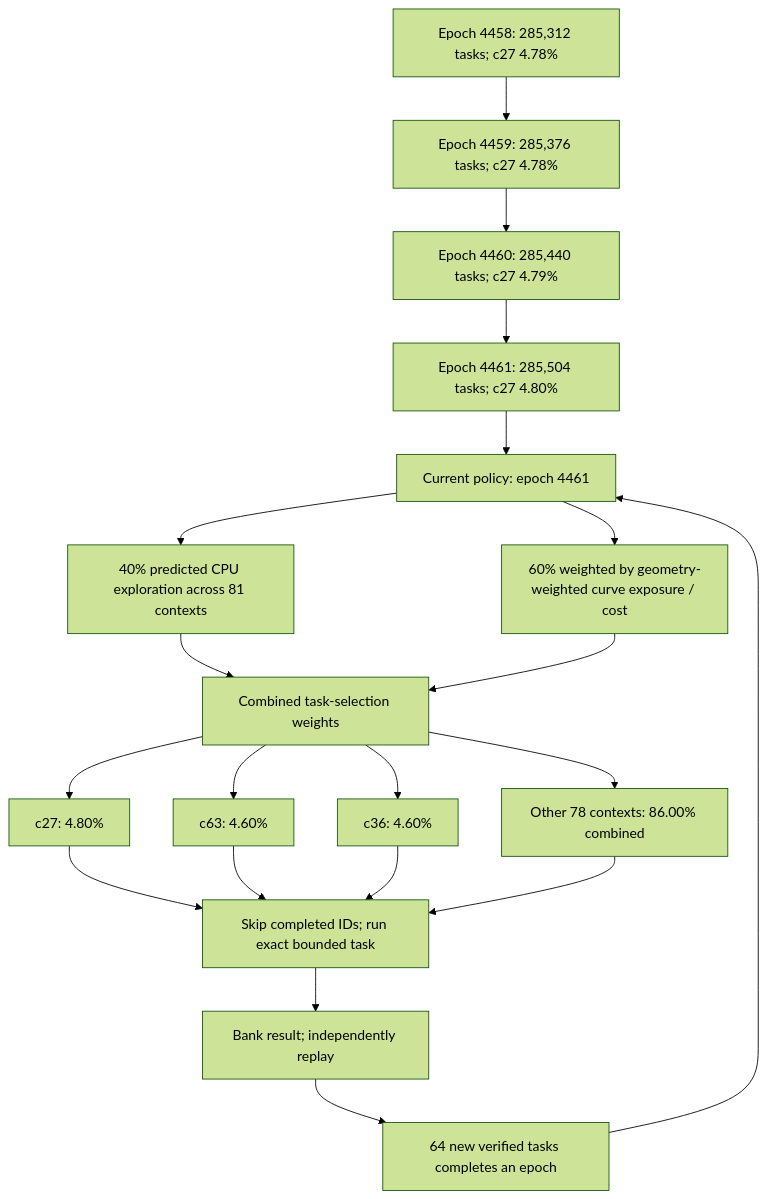
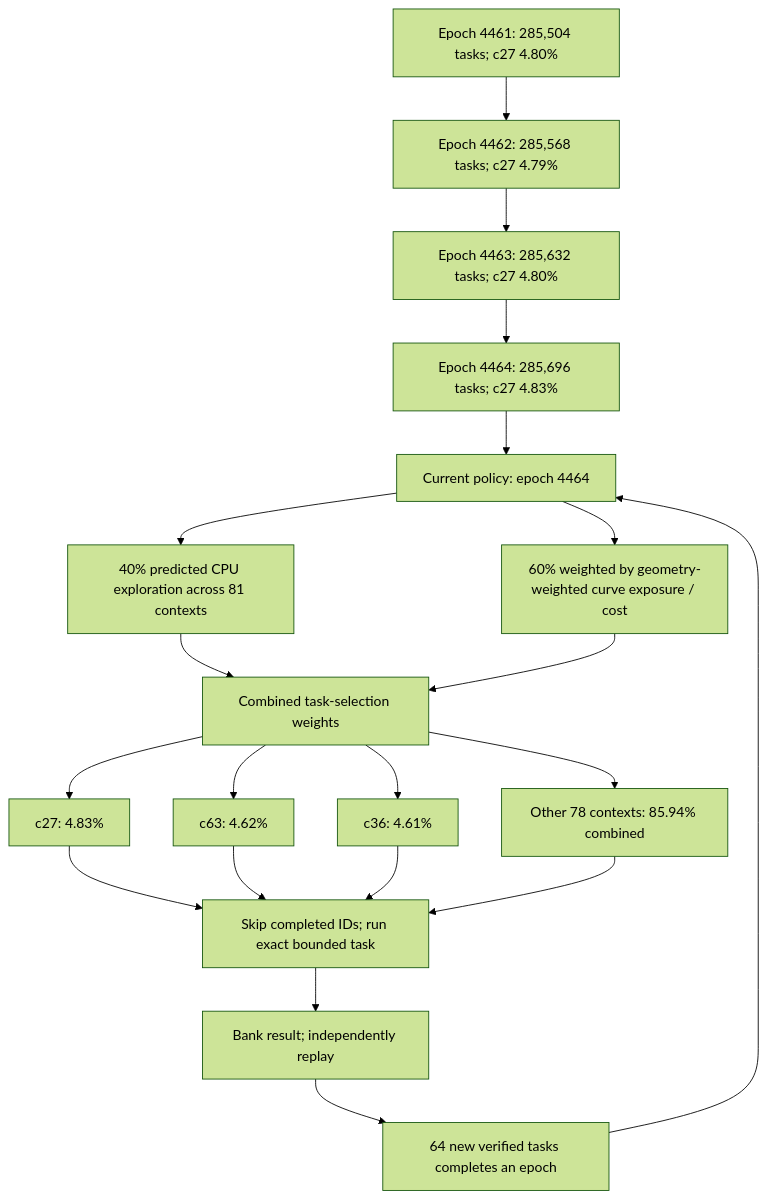
One commit to Kuberwastaken/math-gambling changed the first of 3 diagrams in README.md. Above: the diagram before and after it, drawn with Mermaid (forest theme). The commit also changed other lines of this file and 3428 other files, not shown here.

````diff
--- a/README.md
+++ b/README.md
@@ -60,27 +60,27 @@
 ```mermaid
 flowchart TD
-    H0["Epoch 4458: 285,312 tasks; c27 4.78%"]
-    H1["Epoch 4459: 285,376 tasks; c27 4.78%"]
+    H0["Epoch 4461: 285,504 tasks; c27 4.80%"]
+    H1["Epoch 4462: 285,568 tasks; c27 4.79%"]
     H0 --> H1
-    H2["Epoch 4460: 285,440 tasks; c27 4.79%"]
+    H2["Epoch 4463: 285,632 tasks; c27 4.80%"]
     H1 --> H2
-    H3["Epoch 4461: 285,504 tasks; c27 4.80%"]
+    H3["Epoch 4464: 285,696 tasks; c27 4.83%"]
     H2 --> H3
-    Policy["Current policy: epoch 4461"]
+    Policy["Current policy: epoch 4464"]
     H3 --> Policy
     Policy --> Explore["40% predicted CPU exploration across 81 contexts"]
     Policy --> Cost["60% weighted by geometry-weighted curve exposure / cost"]
     Explore --> Mix["Combined task-selection weights"]
     Cost --> Mix
-    Mix --> C0["c27: 4.80%"]
-    Mix --> C1["c63: 4.60%"]
-    Mix --> C2["c36: 4.60%"]
-    Mix --> Rest["Other 78 contexts: 86.00% combined"]
+    Mix --> C0["c27: 4.83%"]
+    Mix --> C1["c63: 4.62%"]
+    Mix --> C2["c36: 4.61%"]
+    Mix --> Rest["Other 78 contexts: 85.94% combined"]
     C0 --> Check["Skip completed IDs; run exact bounded task"]
     C1 --> Check
     C2 --> Check
     Rest --> Check
     Check --> Replay["Bank result; independently replay"]
     Replay --> Gate["64 new verified tasks completes an epoch"]
     Gate --> Policy
 ```
````
